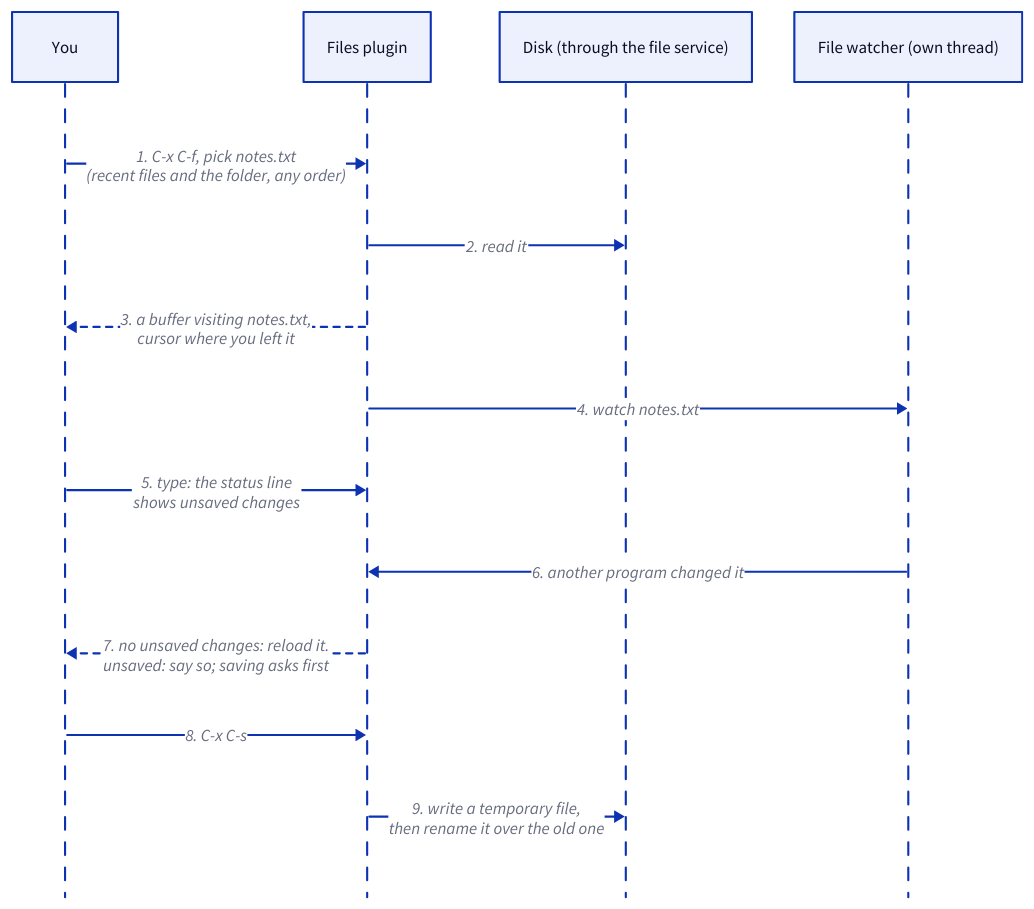
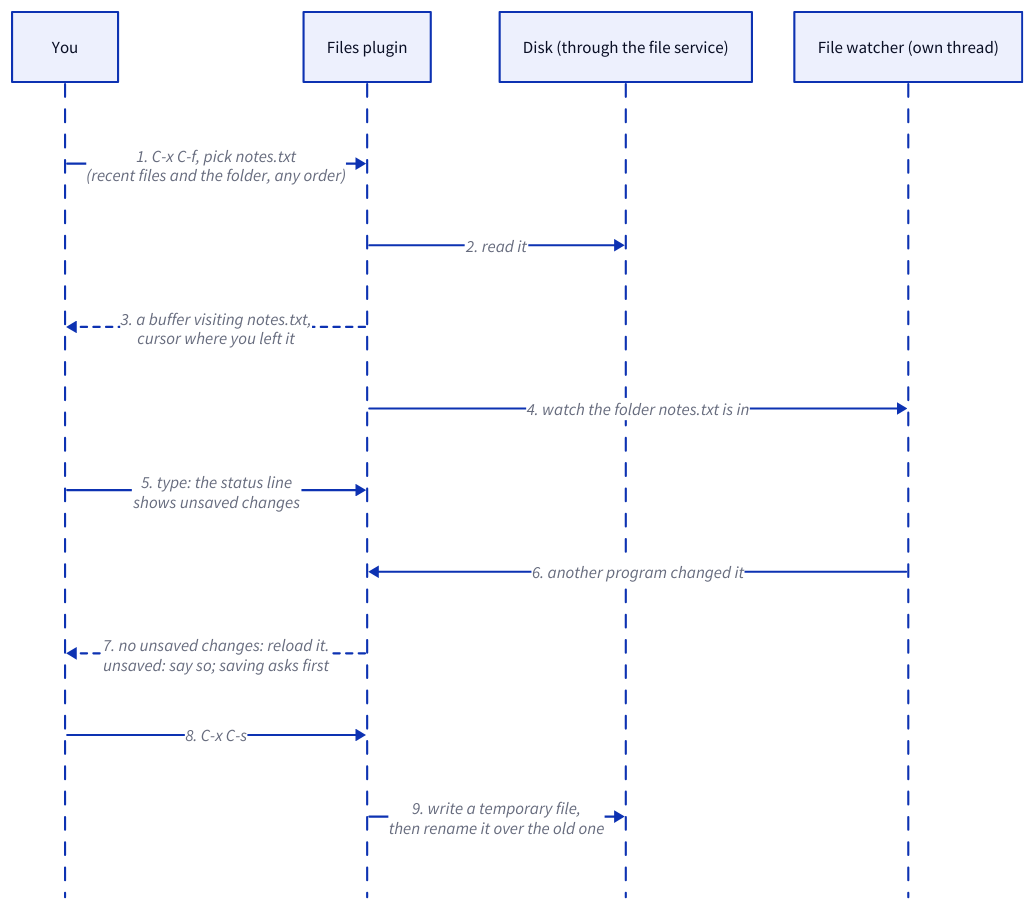
One commit to jaybonthius/tuna changed the diagram in docs/diagrams/files-open-save.d2. Above: the diagram before and after it, drawn with D2. The commit also changed 4 other files, not shown here.

```diff
--- a/docs/diagrams/files-open-save.d2
+++ b/docs/diagrams/files-open-save.d2
@@ -1,27 +1,27 @@
 # What happens when you open, edit and save a file? (planned)
 vars: {
   d2-config: {
     layout-engine: dagre
     theme-id: 0
   }
 }
 shape: sequence_diagram
 
 you: You
 files: Files plugin
 disk: Disk (through the file service)
 watch: File watcher (own thread)
 
 you -> files: "1. C-x C-f, pick notes.txt\n(recent files and the folder, any order)"
 files -> disk: 2. read it
 files -> you: "3. a buffer visiting notes.txt,\ncursor where you left it" {
   style.stroke-dash: 3
 }
-files -> watch: 4. watch notes.txt
+files -> watch: "4. watch the folder notes.txt is in"
 you -> files: "5. type: the status line\nshows unsaved changes"
 watch -> files: "6. another program changed it"
 files -> you: "7. no unsaved changes: reload it.\nunsaved: say so; saving asks first" {
   style.stroke-dash: 3
 }
 you -> files: 8. C-x C-s
 files -> disk: "9. write a temporary file,\nthen rename it over the old one"
```
